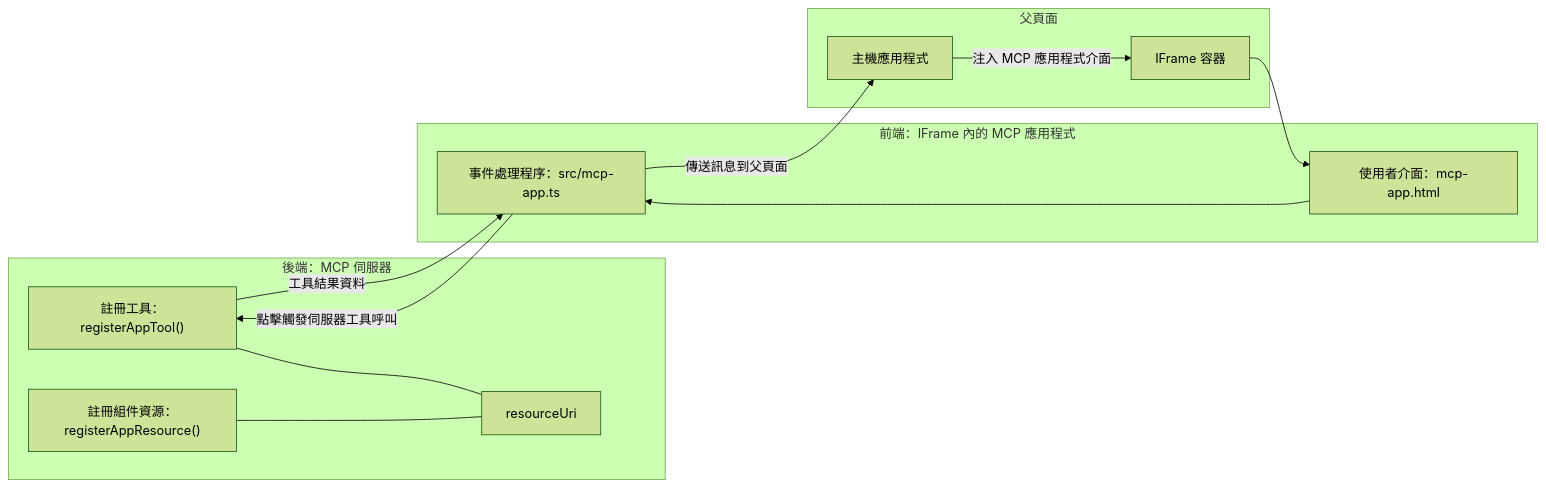
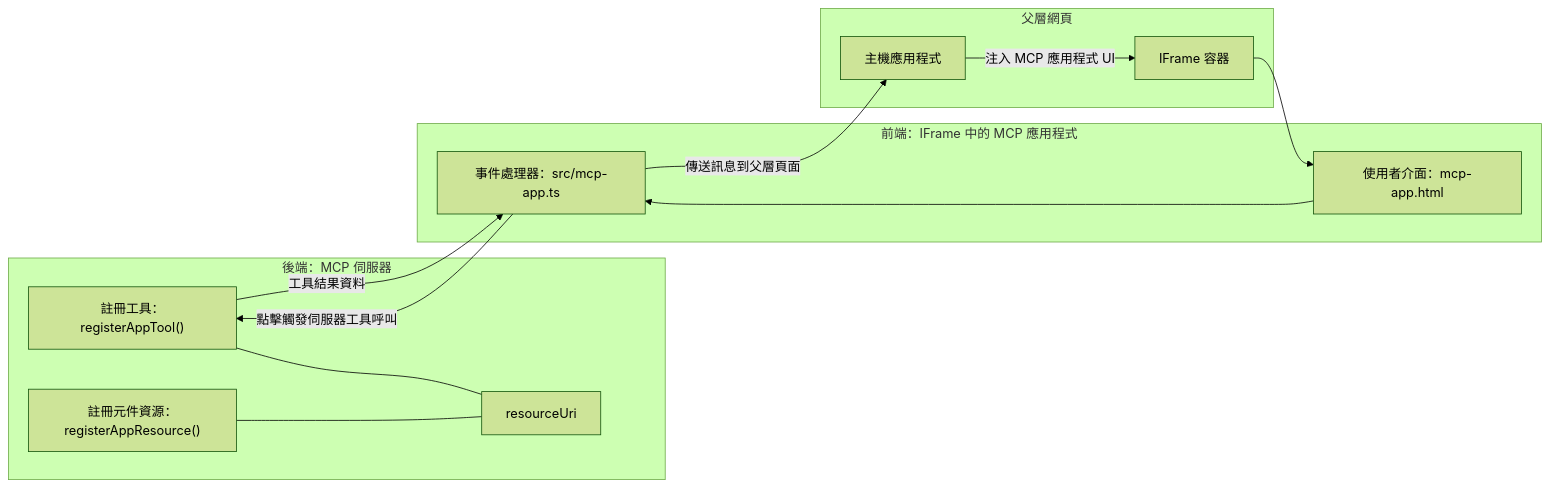
The diagram in mcp_ecosystem__model_context_protocol/mcp_learning_resources/mcp-for-beginners/translations/zh-TW/03-GettingStarted/15-mcp-apps/README.md (HIDORAKAI002/ai-workspace-archive), drawn with Mermaid (forest theme) before and after one commit. The commit also changed other lines of this file and 1160 other files, not shown here.

````diff
--- a/mcp_ecosystem__model_context_protocol/mcp_learning_resources/mcp-for-beginners/translations/zh-TW/03-GettingStarted/15-mcp-apps/README.md
+++ b/mcp_ecosystem__model_context_protocol/mcp_learning_resources/mcp-for-beginners/translations/zh-TW/03-GettingStarted/15-mcp-apps/README.md
@@ -32,27 +32,27 @@
 ```mermaid
 flowchart LR
   subgraph Backend[後端：MCP 伺服器]
     T["註冊工具：registerAppTool()"]
-    C["註冊組件資源：registerAppResource()"]
+    C["註冊元件資源：registerAppResource()"]
     U[resourceUri]
     T --- U
     C --- U
   end
 
-  subgraph Parent[父頁面]
+  subgraph Parent[父層網頁]
     H[主機應用程式]
     IFRAME[IFrame 容器]
-    H -->|注入 MCP 應用程式介面| IFRAME
+    H -->|注入 MCP 應用程式 UI| IFRAME
   end
 
-  subgraph Frontend[前端：IFrame 內的 MCP 應用程式]
+  subgraph Frontend[前端：IFrame 中的 MCP 應用程式]
     UI["使用者介面：mcp-app.html"]
-    EH["事件處理程序：src/mcp-app.ts"]
+    EH["事件處理器：src/mcp-app.ts"]
     UI --> EH
   end
 
   IFRAME --> UI
   EH -->|點擊觸發伺服器工具呼叫| T
   T -->|工具結果資料| EH
-  EH -->|傳送訊息到父頁面| H
+  EH -->|傳送訊息到父層頁面| H
 ```
````
